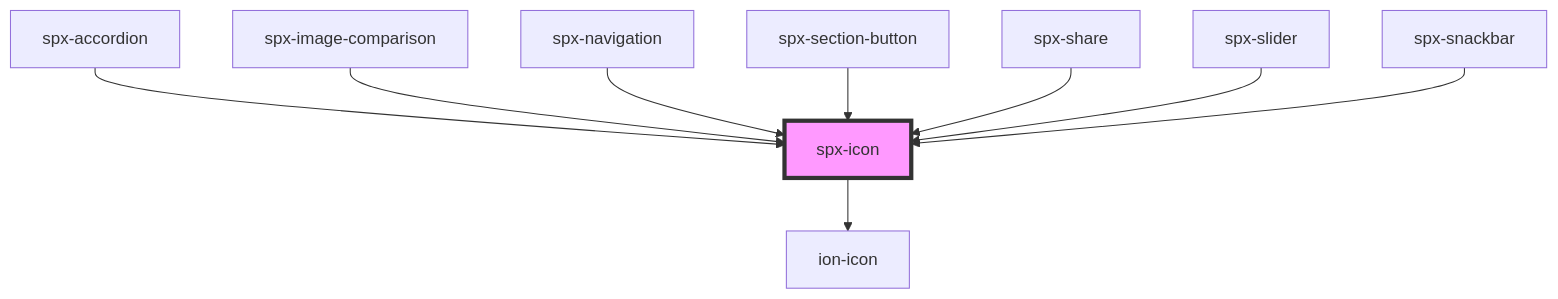
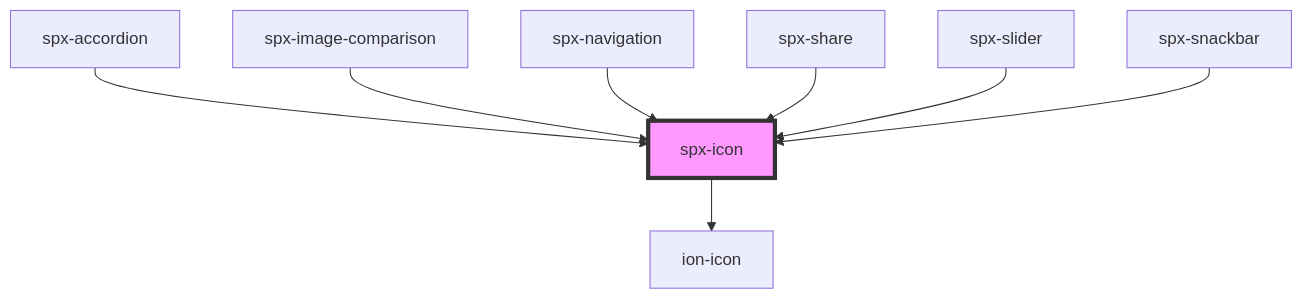
One commit to dnnsjsk/spx changed the diagram in stencil/src/components/spx-icon/readme.md. Above: the diagram before and after it, drawn with Mermaid. The commit also changed other lines of this file and 198 other files, not shown here.

````diff
--- a/stencil/src/components/spx-icon/readme.md
+++ b/stencil/src/components/spx-icon/readme.md
@@ -42,12 +44,11 @@
 ```mermaid
 graph TD;
   spx-icon --> ion-icon
   spx-accordion --> spx-icon
   spx-image-comparison --> spx-icon
   spx-navigation --> spx-icon
-  spx-section-button --> spx-icon
   spx-share --> spx-icon
   spx-slider --> spx-icon
   spx-snackbar --> spx-icon
   style spx-icon fill:#f9f,stroke:#333,stroke-width:4px
 ```
````
